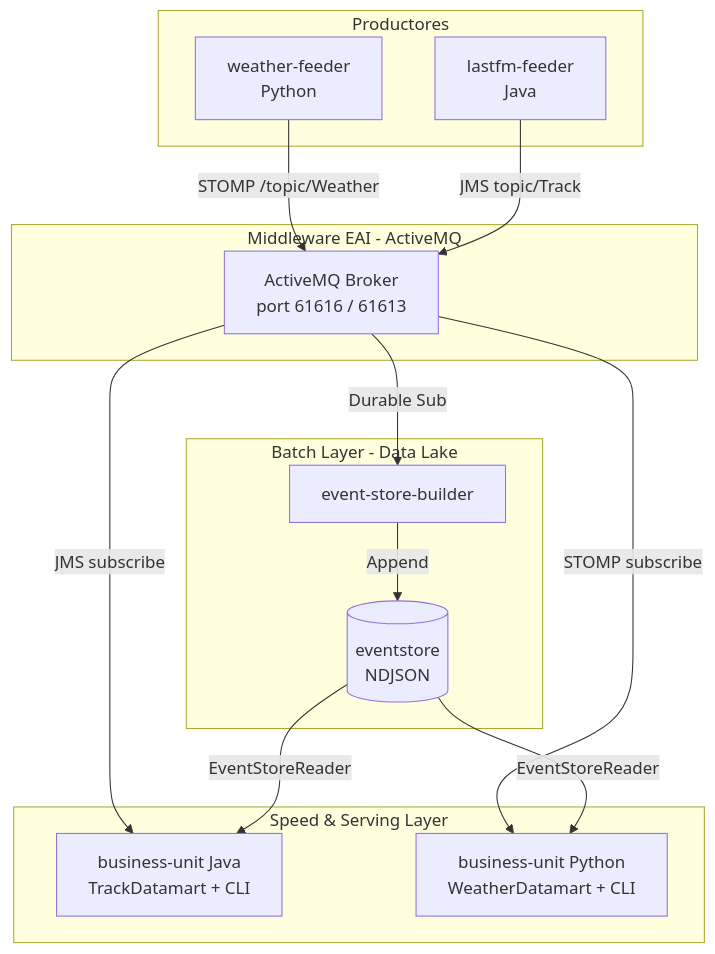
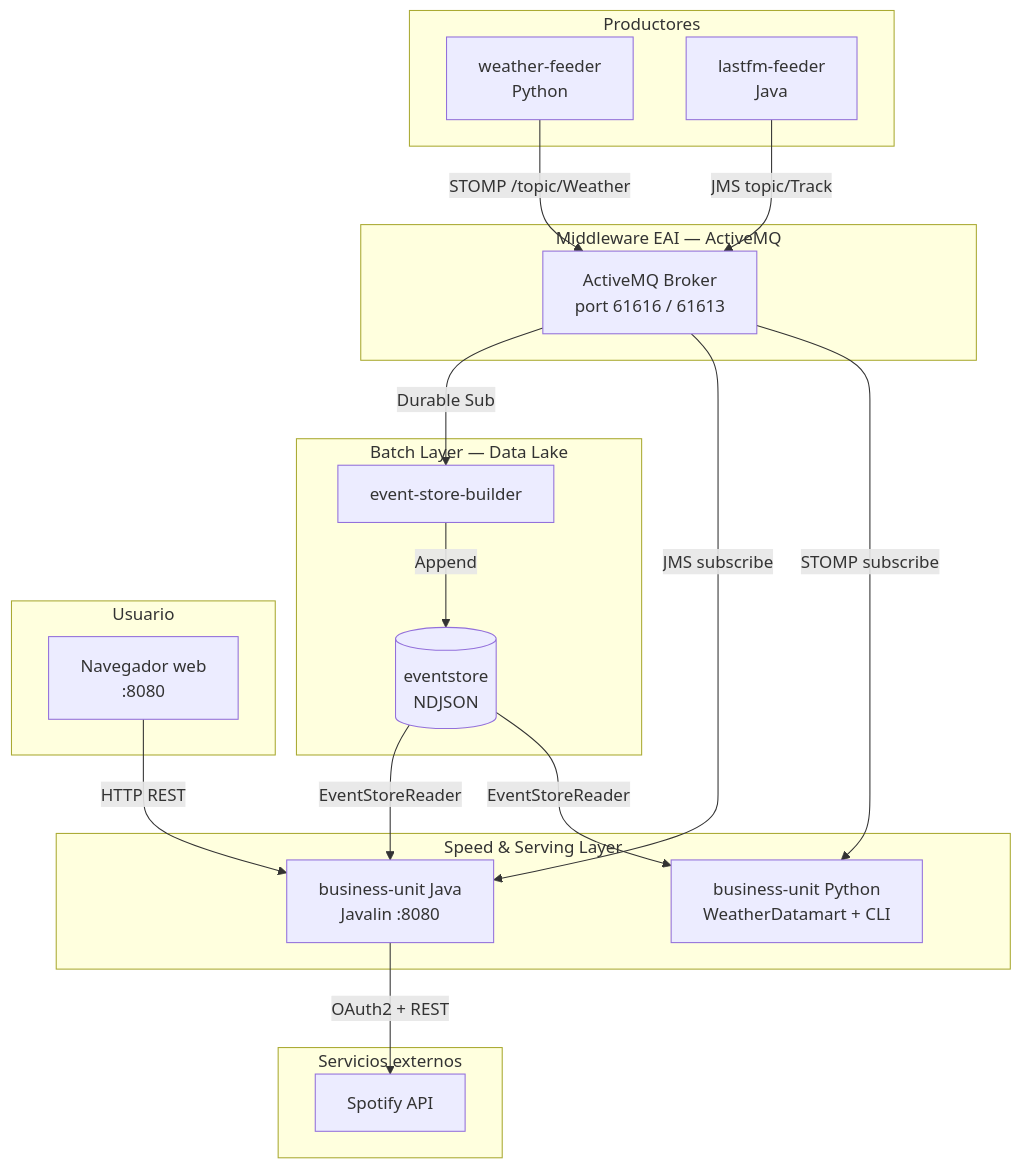
Before and after one commit to CiberVibes/music-weather-recommender: the first of 4 diagrams in README.md, drawn with Mermaid. The commit also changed other lines of this file and 1 other file, not shown here.

````diff
--- a/README.md
+++ b/README.md
@@ -24,30 +24,40 @@
 ```mermaid
 graph TD
     subgraph "Productores"
         WF[weather-feeder\nPython]
         LF[lastfm-feeder\nJava]
     end
 
-    subgraph "Middleware EAI - ActiveMQ"
+    subgraph "Middleware EAI — ActiveMQ"
         B[ActiveMQ Broker\nport 61616 / 61613]
     end
 
-    subgraph "Batch Layer - Data Lake"
+    subgraph "Batch Layer — Data Lake"
         ESB[event-store-builder]
         ES[(eventstore\nNDJSON)]
     end
 
     subgraph "Speed & Serving Layer"
-        BU[business-unit Java\nTrackDatamart + CLI]
+        BU[business-unit Java\nJavalin :8080]
         BUP[business-unit Python\nWeatherDatamart + CLI]
+    end
+
+    subgraph "Servicios externos"
+        SP[Spotify API]
+    end
+
+    subgraph "Usuario"
+        BR[Navegador web\n:8080]
     end
 
     WF -->|STOMP /topic/Weather| B
     LF -->|JMS topic/Track| B
     B -->|Durable Sub| ESB
     ESB -->|Append| ES
     B -->|JMS subscribe| BU
     B -->|STOMP subscribe| BUP
     ES -->|EventStoreReader| BU
     ES -->|EventStoreReader| BUP
+    BR -->|HTTP REST| BU
+    BU -->|OAuth2 + REST| SP
 ```
````
